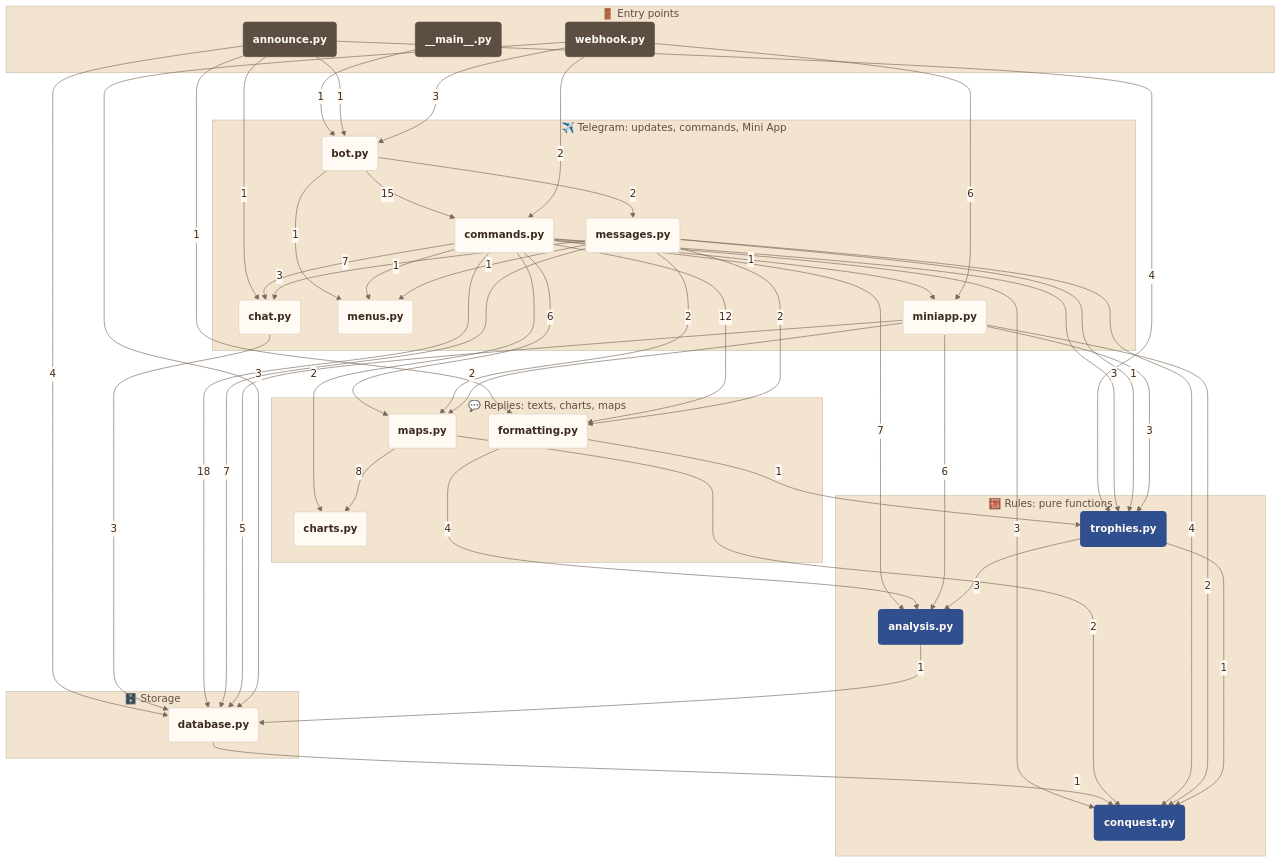
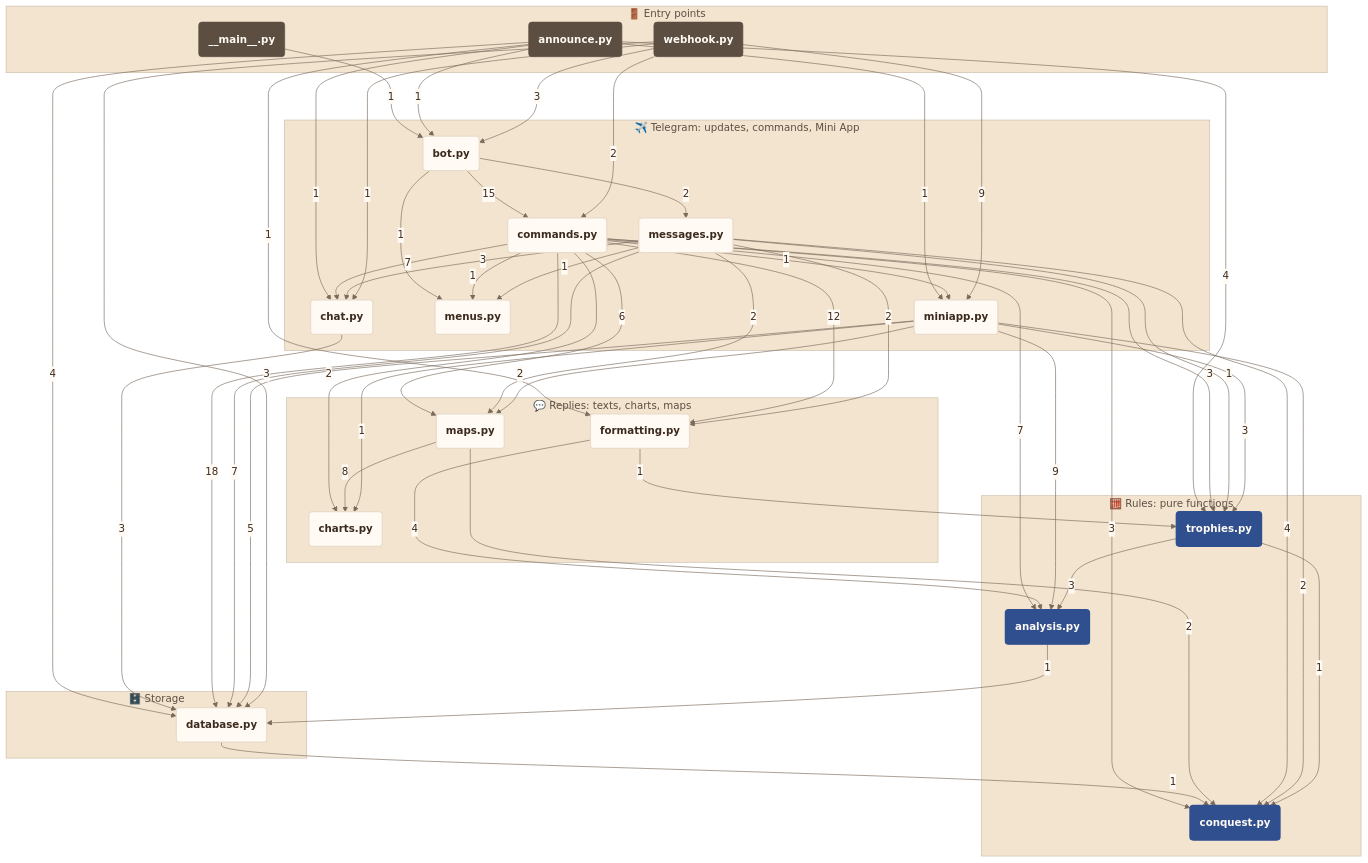
The third of 8 diagrams in docs/architecture.md (francescoperrino/Caccometro), drawn with Mermaid before and after one commit. The commit also changed other lines of this file and 44 other files, not shown here.

```diff
--- a/docs/architecture.md
+++ b/docs/architecture.md
@@ -264,6 +264,7 @@
     announce -->|"1"| chat
     announce -->|"4"| database
     announce -->|"1"| formatting
+    announce -->|"1"| miniapp
     announce -->|"4"| trophies
     bot -->|"15"| commands
     bot -->|"1"| menus
@@ -291,7 +292,8 @@
     messages -->|"2"| maps
     messages -->|"1"| menus
     messages -->|"1"| trophies
-    miniapp -->|"6"| analysis
+    miniapp -->|"9"| analysis
+    miniapp -->|"1"| charts
     miniapp -->|"2"| conquest
     miniapp -->|"5"| database
     miniapp -->|"2"| maps
@@ -299,9 +301,10 @@
     trophies -->|"3"| analysis
     trophies -->|"1"| conquest
     webhook -->|"3"| bot
+    webhook -->|"1"| chat
     webhook -->|"2"| commands
     webhook -->|"3"| database
-    webhook -->|"6"| miniapp
+    webhook -->|"9"| miniapp
     classDef step fill:#fffaf3,stroke:#eadccb,stroke-width:2px,color:#3b2a1e
     classDef main fill:#2f4f8f,stroke:#2f4f8f,color:#fffaf3
     classDef person fill:#5c4f42,stroke:#5c4f42,color:#fffaf3
```
